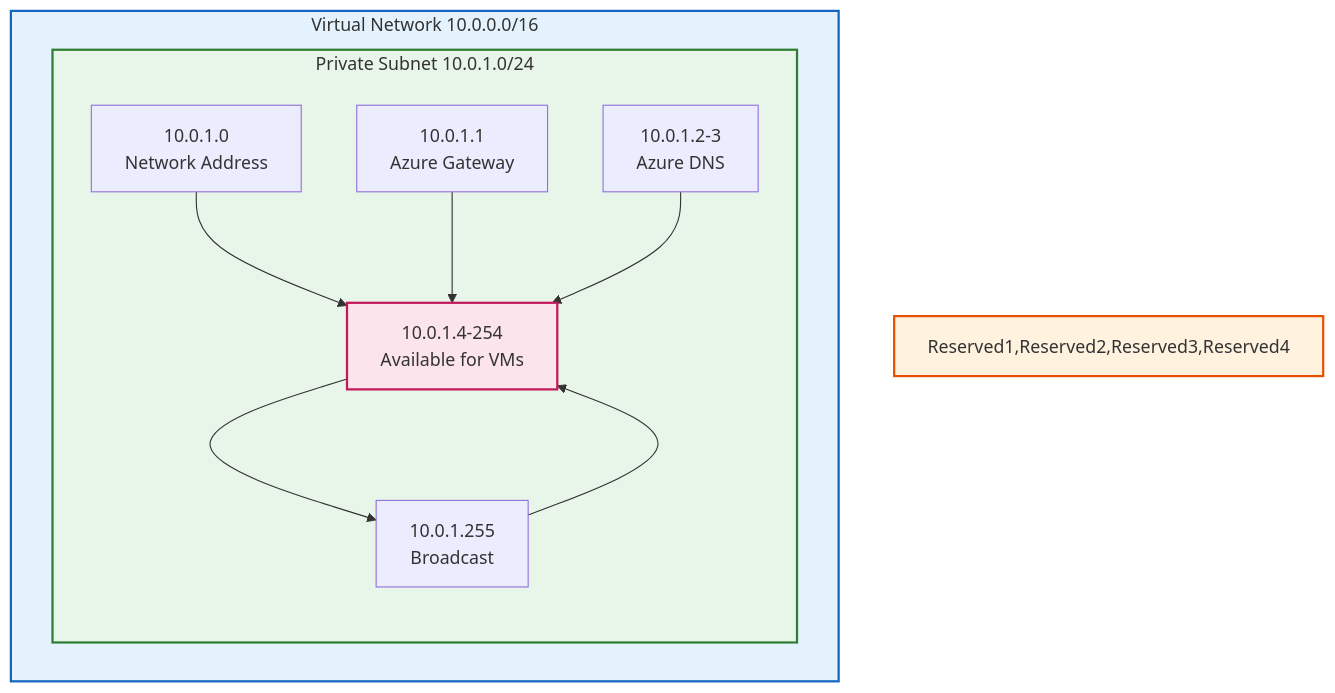
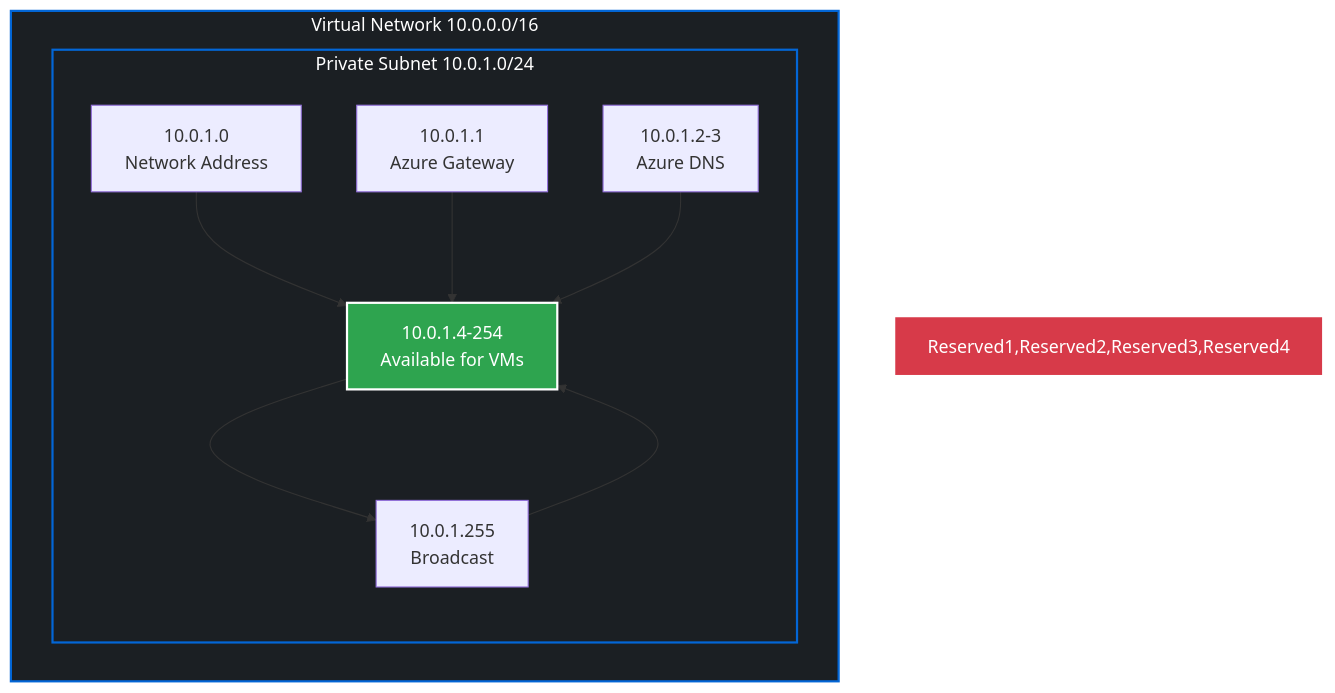
One commit to vishnu1002/terraform-learn changed the third of 5 diagrams in README.md. Above: the diagram before and after it, drawn with Mermaid. The commit also changed other lines of this file, not shown here.

````diff
--- a/README.md
+++ b/README.md
@@ -67,17 +77,18 @@
 ```mermaid
 graph TD
     subgraph VNet [Virtual Network 10.0.0.0/16]
         subgraph Subnet [Private Subnet 10.0.1.0/24]
             Reserved1[10.0.1.0<br/>Network Address] --> Available
             Reserved2[10.0.1.1<br/>Azure Gateway] --> Available
             Reserved3[10.0.1.2-3<br/>Azure DNS] --> Available
             Available[10.0.1.4-254<br/>Available for VMs] --> Reserved4
             Reserved4[10.0.1.255<br/>Broadcast] --> Available
         end
     end
 
-    style VNet fill:#e3f2fd,stroke:#1565c0,stroke-width:2px
-    style Subnet fill:#e8f5e9,stroke:#2e7d32,stroke-width:2px
-    style Available fill:#fce4ec,stroke:#c2185b,stroke-width:2px
-    style Reserved1,Reserved2,Reserved3,Reserved4 fill:#fff3e0,stroke:#e65100,stroke-width:2px
+    %% Colors that work in both dark and light modes
+    style VNet fill:#1b1f23,stroke:#0366d6,stroke-width:2px,color:#ffffff
+    style Subnet fill:#1b1f23,stroke:#0366d6,stroke-width:2px,color:#ffffff
+    style Available fill:#2ea44f,stroke:#ffffff,stroke-width:2px,color:#ffffff
+    style Reserved1,Reserved2,Reserved3,Reserved4 fill:#d73a49,stroke:#ffffff,stroke-width:2px,color:#ffffff
 ```
````
